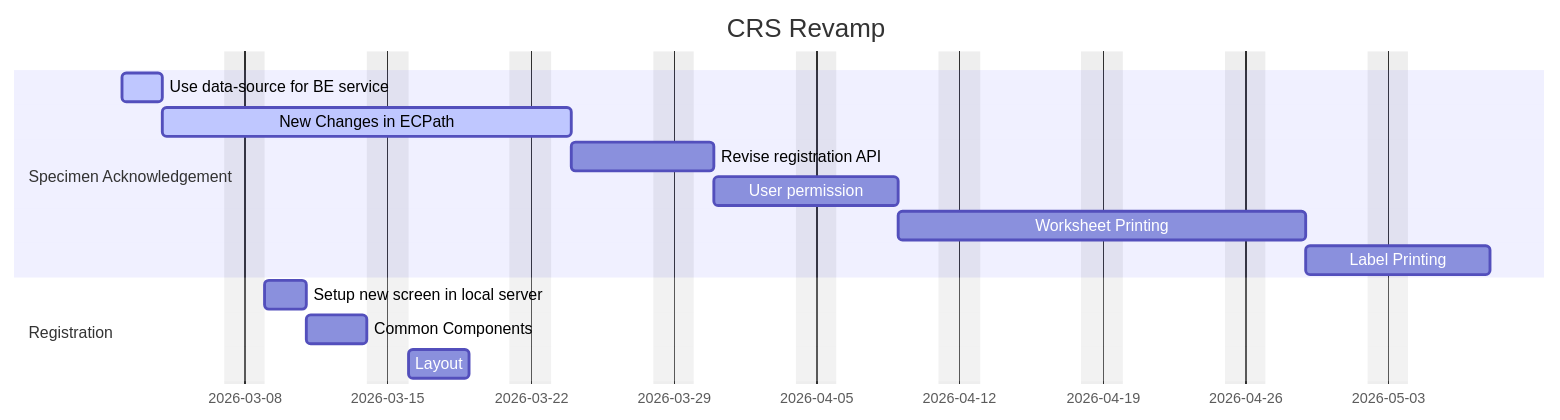
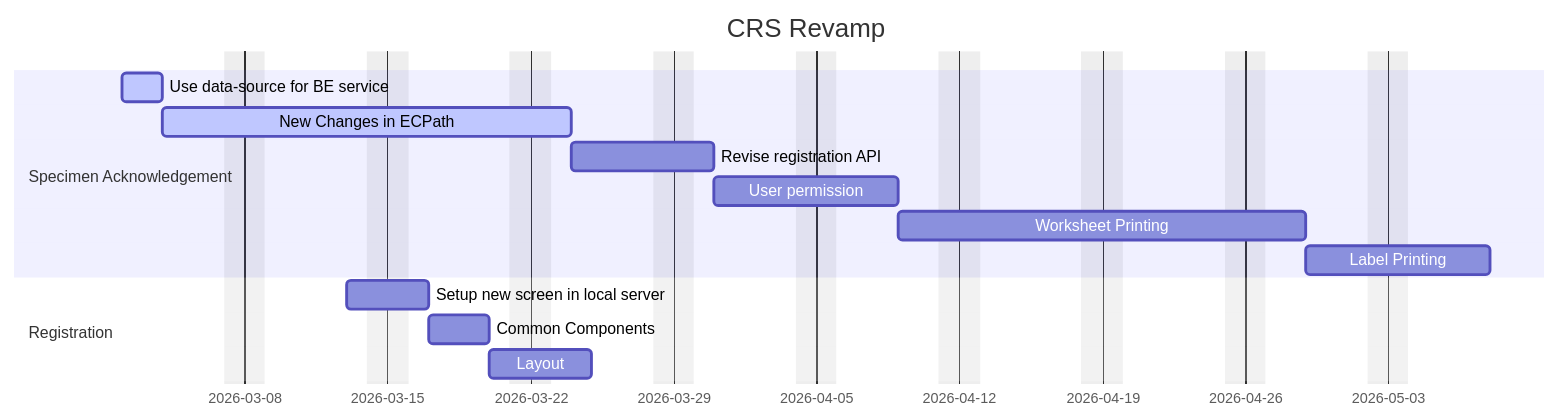
One commit to DragonChong/HA-Notes changed the diagram in LIS/Project Plans/CRS Revamp.md. Above: the diagram before and after it, drawn with Mermaid.

Commit message:
vault backup: 2026-03-13 09:44:36

````diff
--- a/LIS/Project Plans/CRS Revamp.md
+++ b/LIS/Project Plans/CRS Revamp.md
@@ -2,20 +2,20 @@
 ```mermaid
 gantt
     dateFormat  YYYY-MM-DD
     title       CRS Revamp
     excludes    weekends
     %% (`excludes` accepts specific dates in YYYY-MM-DD format, days of the week ("sunday") or "weekends", but not the word "weekdays".)
 
     section Specimen Acknowledgement
     Use data-source for BE service      :active,  des1, 2026-03-02, 2d
     New Changes in ECPath               :active,  des2, 2026-03-04, 14d
     Revise registration API             : 5d
     User permission                     : 1w
     Worksheet Printing                  : 2w
     Label Printing                      : 1w
 
     section Registration
-    Setup new screen in local server    :         des1, 2026-03-09, 2d
+    Setup new screen in local server    :         des1, 2026-03-13, 2d
     Common Components:                  :         des2, after des1, 3d
     Layout                              : 3d
 ```
````
